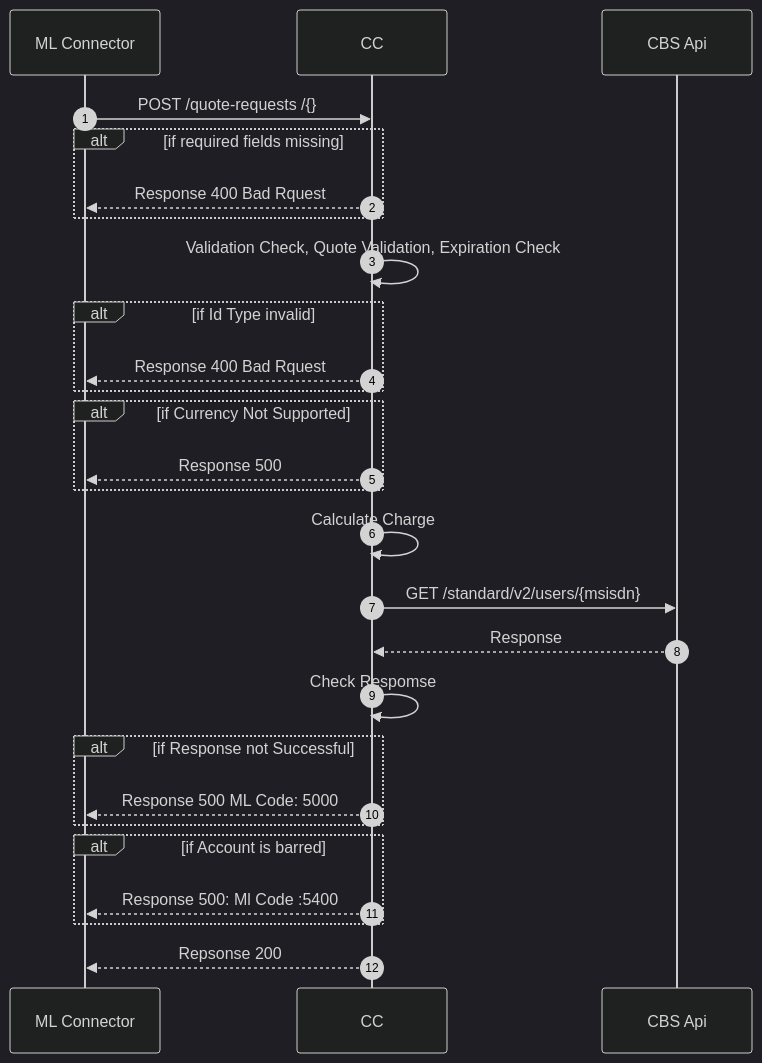
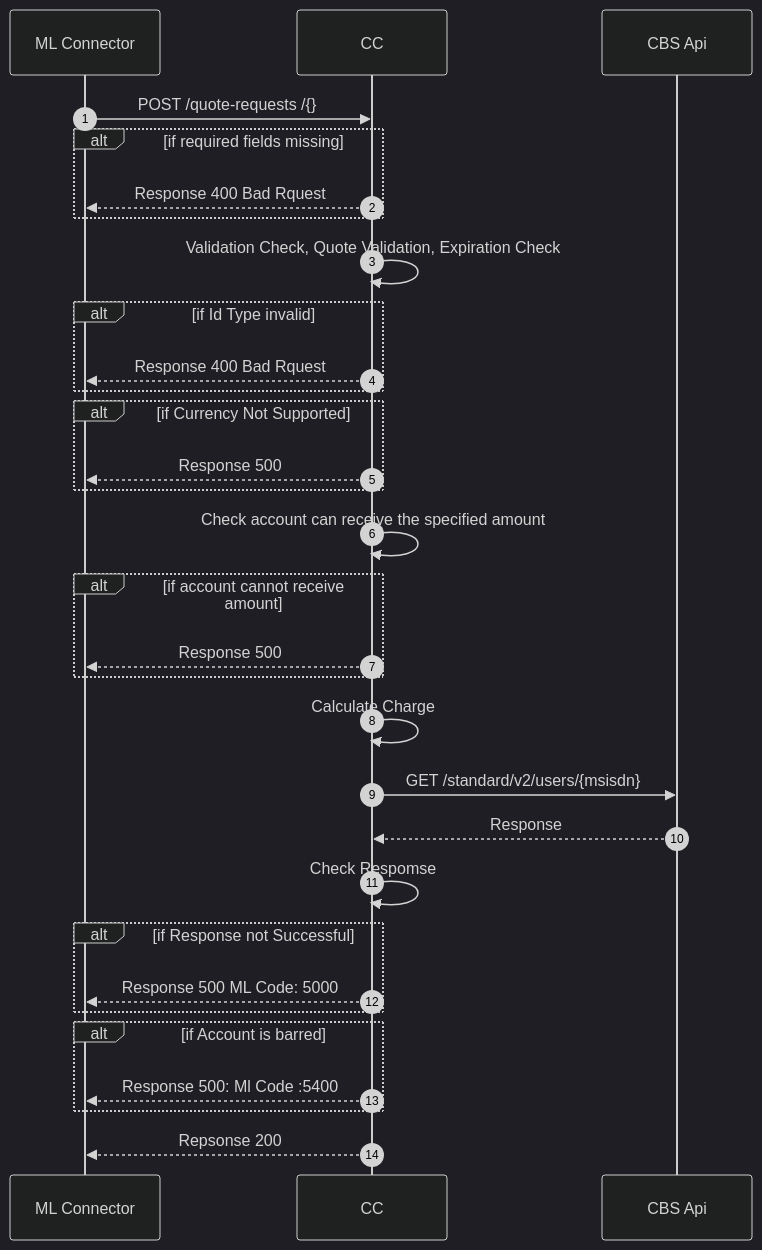
The diagram in national-bank-mw-core-connector/docs/payee-quoterequests.md (mojaloop/ml-reference-connectors), drawn with Mermaid (dark theme) before and after one commit. The commit also changed other lines of this file and 5 other files, not shown here.

````diff
--- a/national-bank-mw-core-connector/docs/payee-quoterequests.md
+++ b/national-bank-mw-core-connector/docs/payee-quoterequests.md
@@ -3,26 +14,30 @@
 ```mermaid
    sequenceDiagram
 autoNumber
 ML Connector ->> CC: POST /quote-requests /{}
 Alt if required fields missing
 CC-->>ML Connector: Response 400 Bad Rquest
 End
 CC->> CC:Validation Check, Quote Validation, Expiration Check
 Alt if Id Type invalid
 CC-->>ML Connector: Response 400 Bad Rquest
 End
 Alt if Currency Not Supported
 CC-->>ML Connector: Response 500
 End
+CC->>CC: Check account can receive the specified amount
+Alt if account cannot receive amount
+CC-->>ML Connector: Response 500
+End
 CC->>CC:Calculate Charge
 CC->> CBS Api:GET /standard/v2/users/{msisdn}
 CBS Api -->> CC:Response
 CC->>CC: Check Respomse
 Alt if Response not Successful
 CC-->>ML Connector: Response 500 ML Code: 5000
 End
 Alt if Account is barred
 CC-->>ML Connector:Response 500: Ml Code :5400
 End
 CC-->>ML Connector: Repsonse 200
 ```
````
